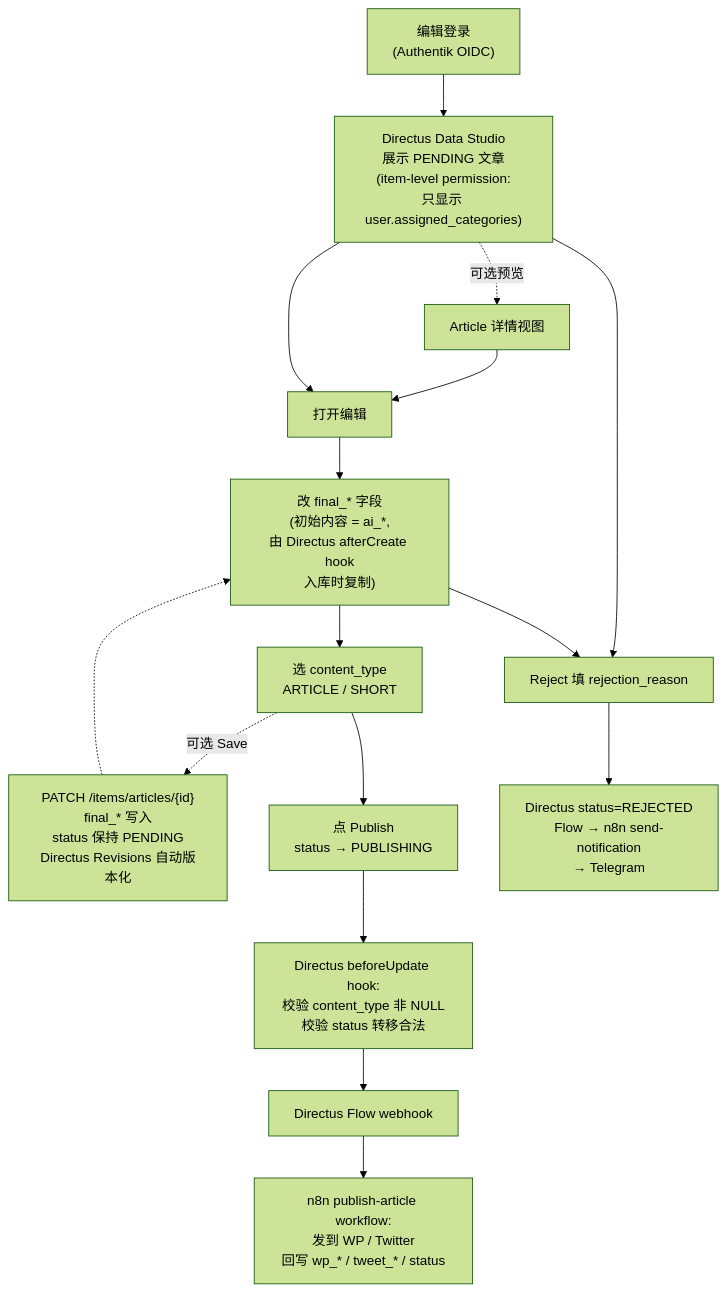
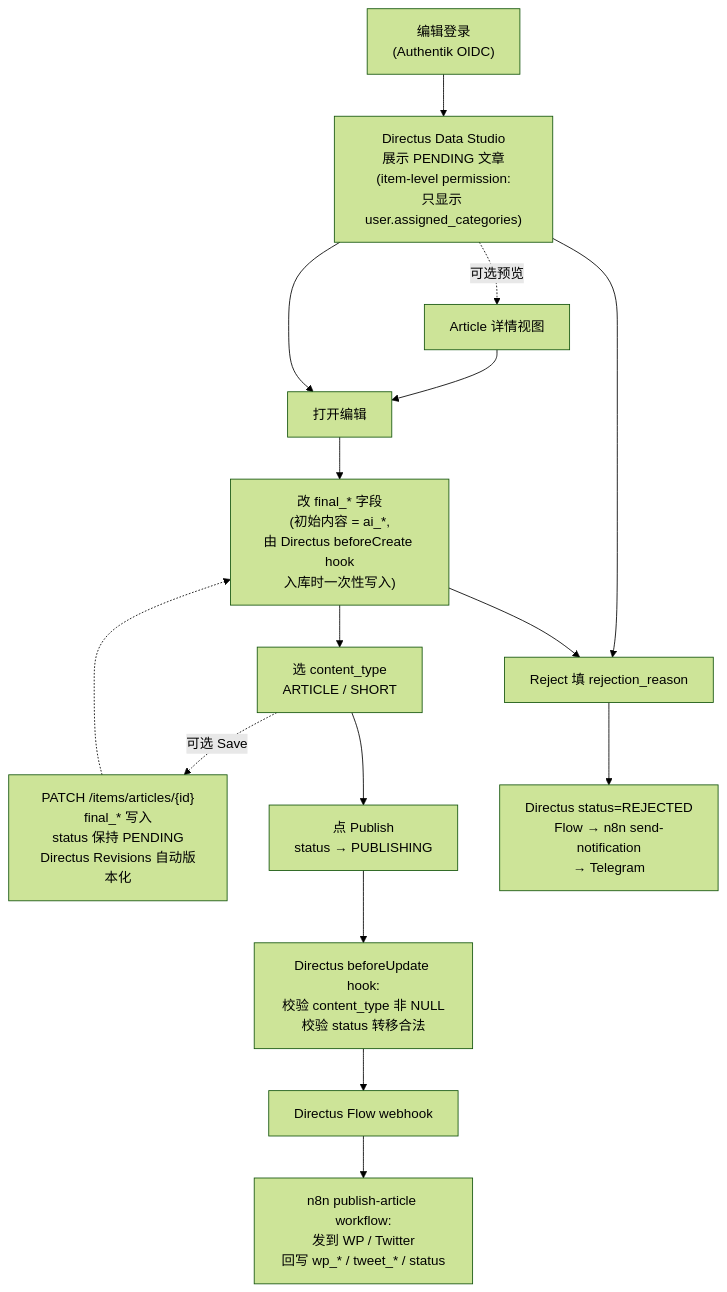
Before and after one commit to Guitang0414/Tiffany-Z-Intern-2026: the second of 6 diagrams in docs/hld.md, drawn with Mermaid (forest theme). The commit also changed other lines of this file, not shown here.

````diff
--- a/docs/hld.md
+++ b/docs/hld.md
@@ -336,19 +336,19 @@
 ```mermaid
 flowchart TD
     Login["编辑登录<br/>(Authentik OIDC)"] --> Studio["Directus Data Studio<br/>展示 PENDING 文章<br/>(item-level permission:<br/>只显示 user.assigned_categories)"]
     Studio -.->|可选预览| Preview[Article 详情视图]
     Preview --> Edit[打开编辑]
     Studio --> Edit
-    Edit --> Modify["改 final_* 字段<br/>(初始内容 = ai_*,<br/>由 Directus afterCreate hook<br/>入库时复制)"]
+    Edit --> Modify["改 final_* 字段<br/>(初始内容 = ai_*,<br/>由 Directus beforeCreate hook<br/>入库时一次性写入)"]
     Modify --> SelectType[选 content_type<br/>ARTICLE / SHORT]
     SelectType -.->|可选 Save| SaveOp["PATCH /items/articles/{id}<br/>final_* 写入<br/>status 保持 PENDING<br/>Directus Revisions 自动版本化"]
     SaveOp -.-> Modify
     SelectType --> Publish[点 Publish<br/>status → PUBLISHING]
     Publish --> Hook["Directus beforeUpdate hook:<br/>校验 content_type 非 NULL<br/>校验 status 转移合法"]
     Hook --> Flow["Directus Flow webhook"]
     Flow --> N8N["n8n publish-article workflow:<br/>发到 WP / Twitter<br/>回写 wp_* / tweet_* / status"]
 
     Studio --> Reject[Reject 填 rejection_reason]
     Modify --> Reject
     Reject --> RejectFlow["Directus status=REJECTED<br/>Flow → n8n send-notification<br/>→ Telegram"]
 ```
````
